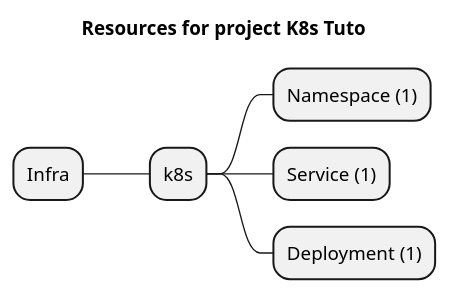
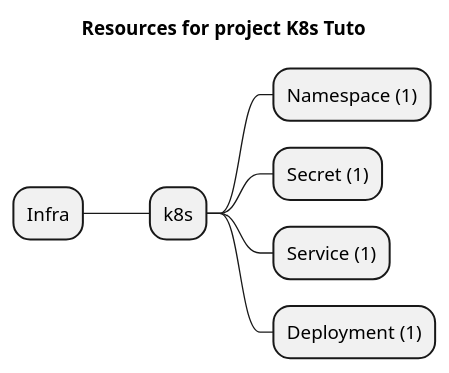
One commit to grucloud/grucloud changed the diagram in examples/k8s/tuto1/artifacts/resources-mindmap.puml. Above: the diagram before and after it, drawn with PlantUML. The commit also changed 31 other files, not shown here.

```diff
--- a/examples/k8s/tuto1/artifacts/resources-mindmap.puml
+++ b/examples/k8s/tuto1/artifacts/resources-mindmap.puml
@@ -1,9 +1,10 @@
 @startmindmap
 title Resources for project K8s Tuto
 skinparam monochrome true
 + Infra
 ++ k8s
 +++ Namespace (1)
++++ Secret (1)
 +++ Service (1)
 +++ Deployment (1)
 @endmindmap
```
